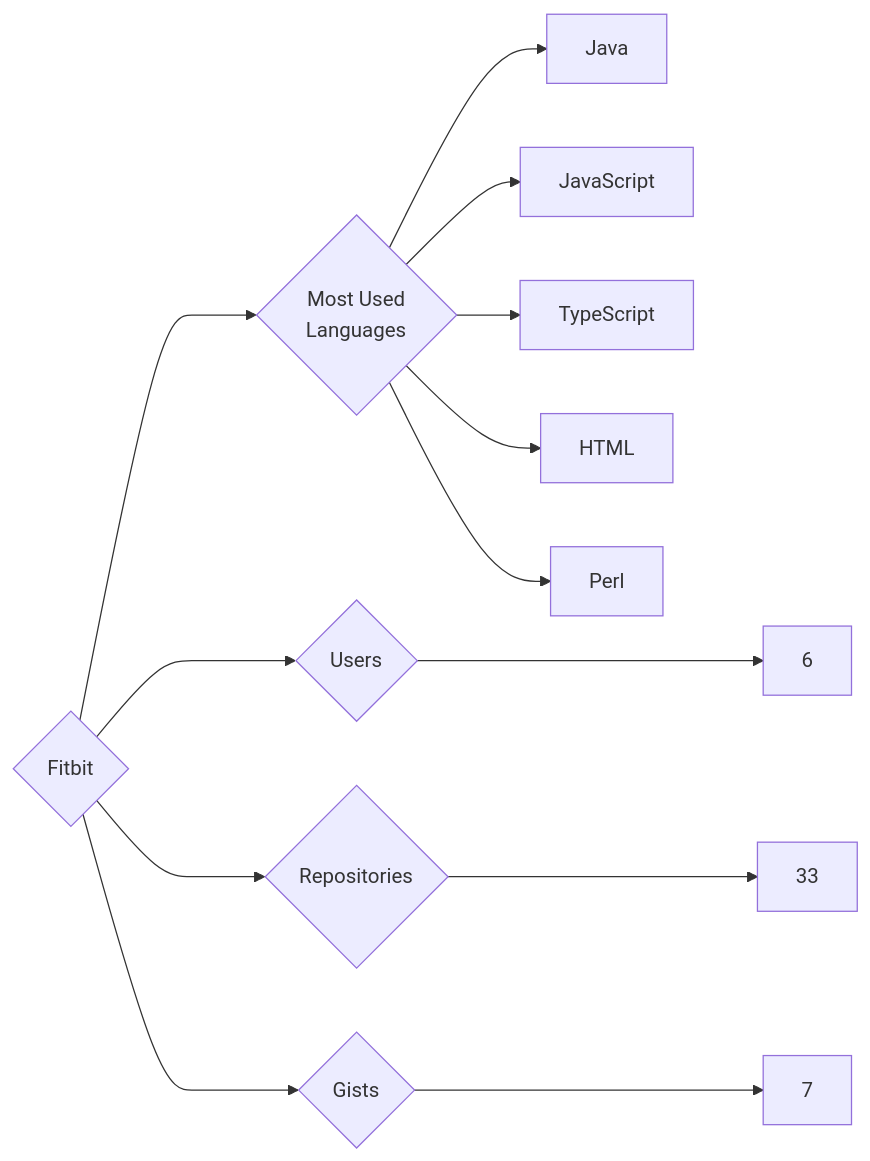
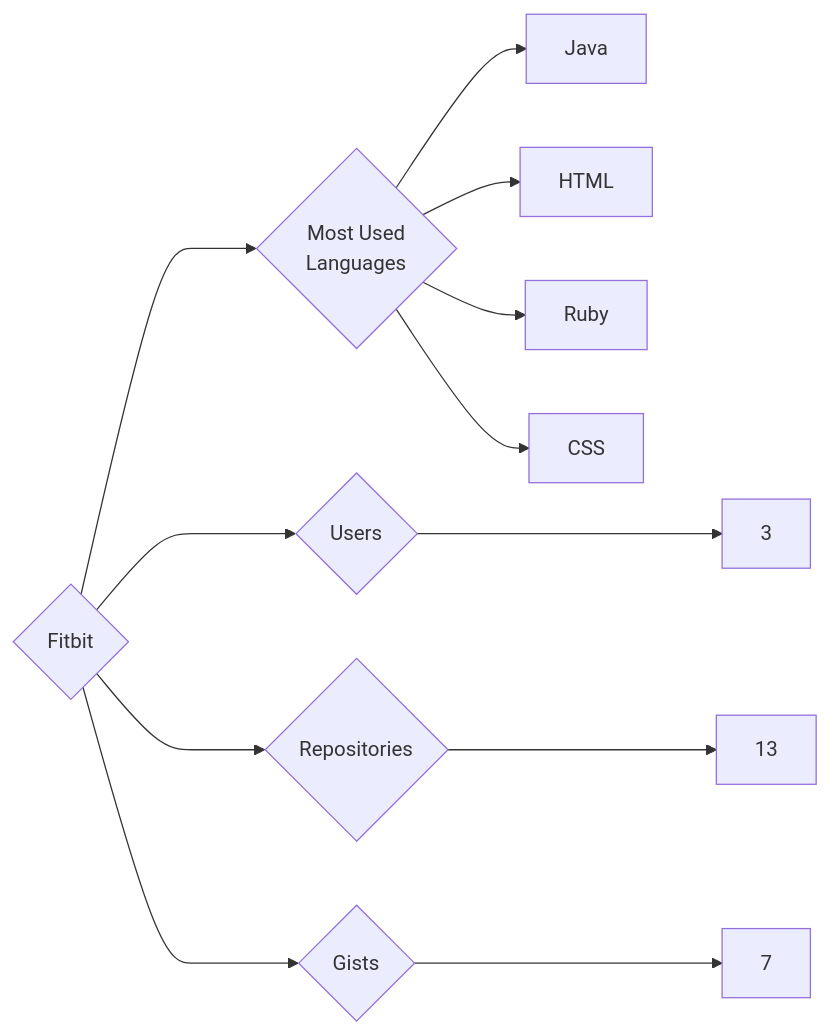
Before and after one commit to trickest/insiders: the diagram in targets/Fitbit/README.md, drawn with Mermaid. The commit also changed 938 other files, not shown here.

````diff
--- a/targets/Fitbit/README.md
+++ b/targets/Fitbit/README.md
@@ -3,13 +3,12 @@
 ```mermaid
 graph LR
 COMPANY_NAME{Fitbit}
-COMPANY_NAME ---> U{Users} ---> UN[6]
-COMPANY_NAME ---> R{Repositories} ---> RN[33]
+COMPANY_NAME ---> U{Users} ---> UN[3]
+COMPANY_NAME ---> R{Repositories} ---> RN[13]
 COMPANY_NAME ---> G{Gists} ---> GN[7]
 COMPANY_NAME ---> ML{Most Used<br>Languages}
 ML --> Java[Java]
-ML --> JavaScript[JavaScript]
-ML --> TypeScript[TypeScript]
 ML --> HTML[HTML]
-ML --> Perl[Perl]
+ML --> Ruby[Ruby]
+ML --> CSS[CSS]
 ```
````
